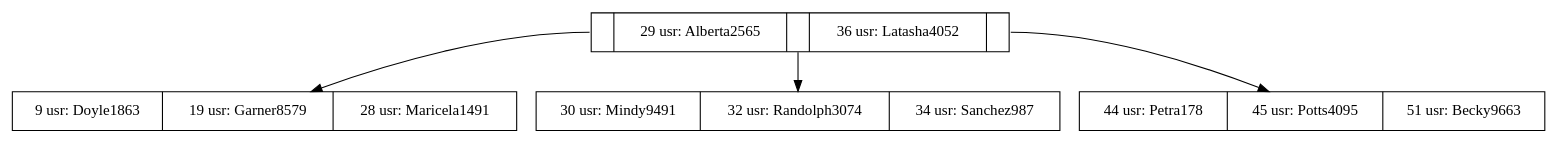
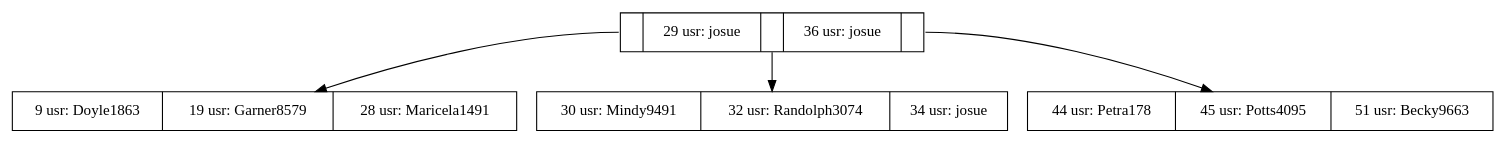
One commit to Ijosuer/EDD_2S_BatallaNaval_202000895 changed the diagram in archivos/Btree.dot. Above: the diagram before and after it, drawn with Graphviz. The commit also changed 44 other files, not shown here.

```diff
--- a/archivos/Btree.dot
+++ b/archivos/Btree.dot
@@ -1,12 +1,12 @@
 digraph G {
 node[shape=record]
 		//Agregar Nodos Rama
-R0x559e31666790[label="<C1>|29 usr: Alberta2565|<C2>|36 usr: Latasha4052|<C3>"];
-R0x559e3167d6f0[label="9 usr: Doyle1863|19 usr: Garner8579|28 usr: Maricela1491"];
-R0x559e31667db0[label="30 usr: Mindy9491|32 usr: Randolph3074|34 usr: Sanchez987"];
-R0x559e3167d640[label="44 usr: Petra178|45 usr: Potts4095|51 usr: Becky9663"];
+R0x5652751c2590[label="<C1>|29 usr: josue|<C2>|36 usr: josue|<C3>"];
+R0x5652751c3900[label="9 usr: Doyle1863|19 usr: Garner8579|28 usr: Maricela1491"];
+R0x5652751da1e0[label="30 usr: Mindy9491|32 usr: Randolph3074|34 usr: josue"];
+R0x5652751c37a0[label="44 usr: Petra178|45 usr: Potts4095|51 usr: Becky9663"];
 		//Agregar conexiones
-R0x559e31666790:C1->R0x559e3167d6f0;
-R0x559e31666790:C2->R0x559e31667db0;
-R0x559e31666790:C3->R0x559e3167d640;
+R0x5652751c2590:C1->R0x5652751c3900;
+R0x5652751c2590:C2->R0x5652751da1e0;
+R0x5652751c2590:C3->R0x5652751c37a0;
 }
```
